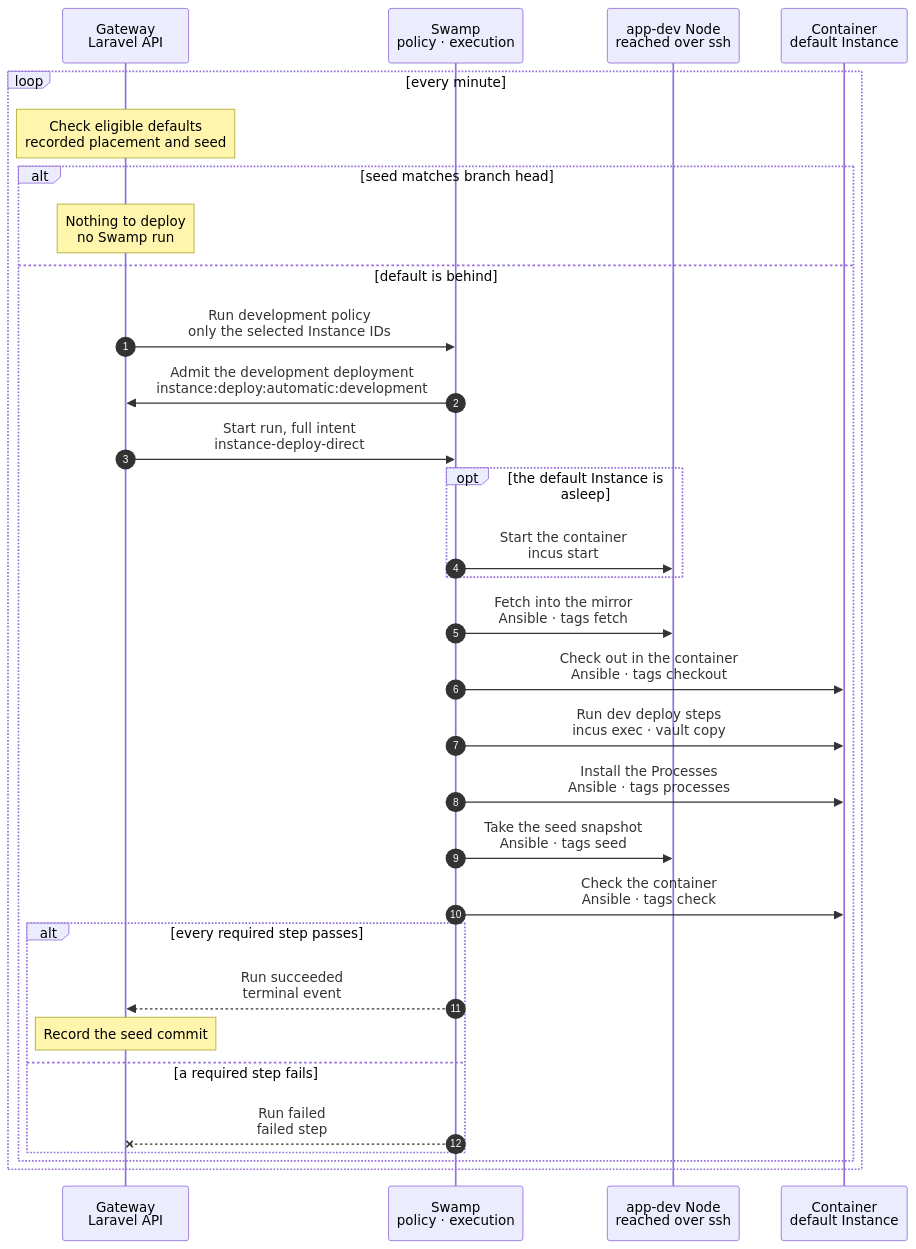
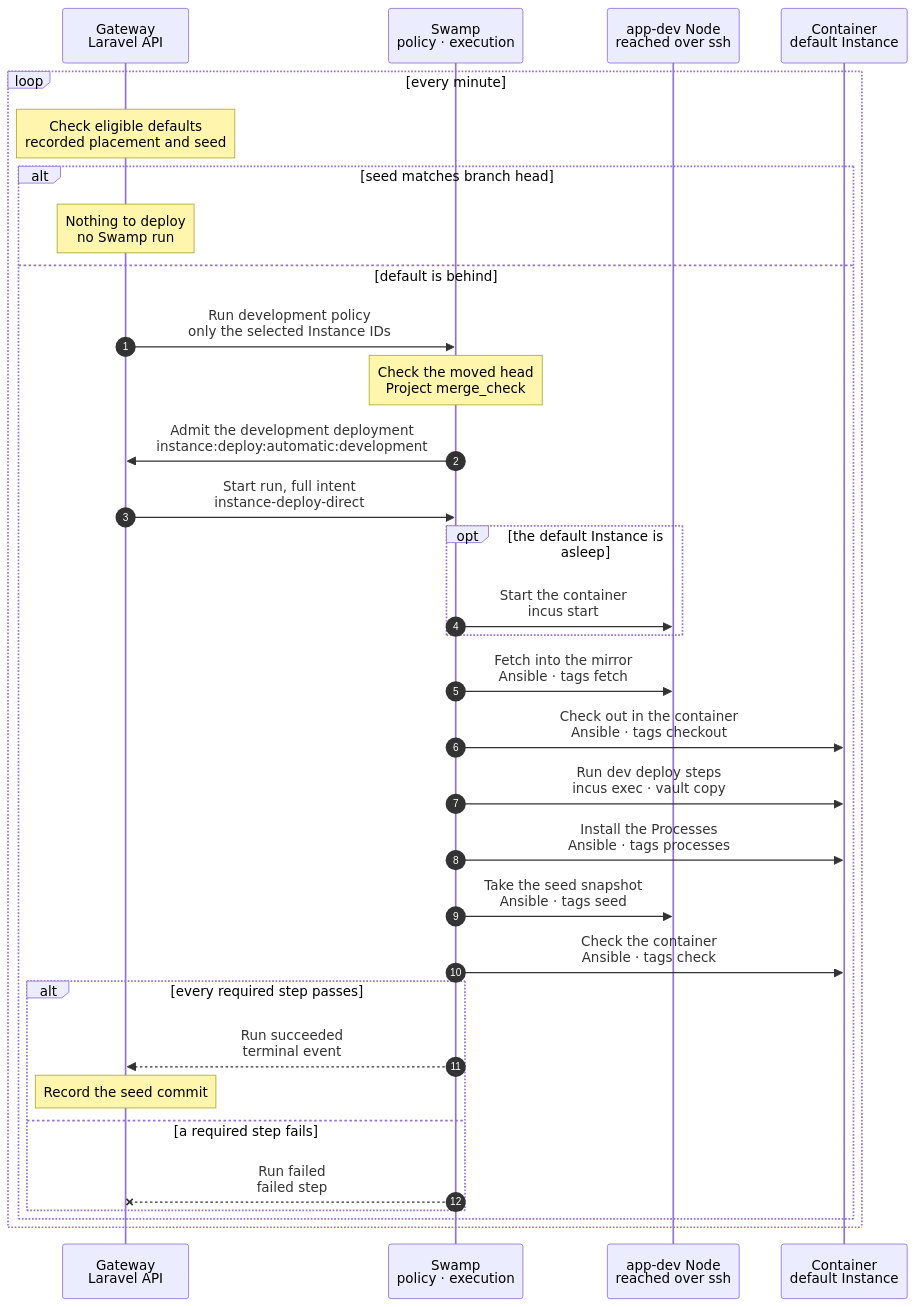
Before and after one commit to hardimpactdev/orbit: the diagram in docs/cli/instance/container/deploy-default.mmd, drawn with Mermaid. The commit also changed 8 other files, not shown here.

First line of the commit message:
fix(instances): gate development heads with shared merge-check verdict

```diff
--- a/docs/cli/instance/container/deploy-default.mmd
+++ b/docs/cli/instance/container/deploy-default.mmd
@@ -1,76 +1,82 @@
 sequenceDiagram
   %% Target design, container runtime (ADR 0250 step 3, docs/reference/development-containers.md#the-default-instance): the automatic development deployment of docs/reference/deployments.md, in the default Instance's container. The Gateway checks the branch head before it starts development policy; Swamp keeps the retry and admission state. When the charts move into place, this becomes the development branch of the deploy chart.
   %% status: draft
   %% command: none · automatic deployment policy
   %% kind: instance.deploy
   autonumber
   %% lane GW icon=gateway pill=intent tone=blue
   %% lane SW icon=workflow pill=executes tone=green
   %% lane N icon=server pill=target tone=amber
   %% lane C icon=server pill=target tone=purple
   participant GW as Gateway<br/>Laravel API
   participant SW as Swamp<br/>policy · execution
   participant N as app-dev Node<br/>reached over ssh
   participant C as Container<br/>default Instance
   loop every minute
     Note over GW: Check eligible defaults<br/>recorded placement and seed
     %%> What it does:
     %%> - selects only active container defaults with a seed snapshot, auto_deploy on and active app-dev placement, using the same ready-default rule as conn:project:list
     %%> - the flag defaults on when a new container default becomes ready; enable and disable change that one flag for one Instance
     %%> - a data migration enables existing ready defaults once; checkout Instances and production settings remain unchanged
     %%> - never selects checkout Instances: they are the user's working trees, not managed seed containers
     %%> - runs the unique scan on the existing tasks queue, not the single-worker operations queue
     %%> - reads each eligible Project's default branch once through the cached source reader, with the existing 60-second Git read limit; no environment-template refresh
     alt seed matches branch head
       Note over GW: Nothing to deploy<br/>no Swamp run
     else default is behind
       GW->>SW: Run development policy<br/>only the selected Instance IDs
       %%> What it does:
       %%> - shares the retained behavior identity and development state; keeps pending admissions, backoff and retry limits
       %%> - never discovers or admits production work; its paused production schedule stays unchanged
+      Note over SW: Check the moved head<br/>Project merge_check
+      %%> What it does:
+      %%> - reads the head commit's configured check runs through the same Gateway source contract and verdict rule as production
+      %%> - the named GitHub Actions runs must all complete successfully on exactly that SHA; running or missing checks wait, failed checks do not deploy
+      %%> - development checks only the current head and reads it again on the next tick; it never chooses an older green commit
+      %%> - with no Project merge_check, permits the moved head without a check, as production does
   SW->>GW: Admit the development deployment<br/>instance:deploy:automatic:development
   %%> What it does:
   %%> - Swamp rechecks development-specific eligibility from the Gateway, not the eligibility shared with production
   %%> - the Gateway refuses non-development Instances and rechecks the ready container-default rule under the Instance lock
   %%> - the Gateway admits `instance.deploy` for that exact commit, with the Instance lock and a repository read token in the vault
   GW->>SW: Start run, full intent<br/>instance-deploy-direct
   %%> Before execution:
   %%> - automatic development work rechecks the same eligibility policy while building its input, including work queued before a release
   %%> - a checkout default refuses automatic execution; its explicit manual deployment remains allowed
   opt the default Instance is asleep
     SW->>N: Start the container<br/>incus start
   end
   SW->>N: Fetch into the mirror<br/>Ansible · tags fetch
   %%> What it does:
   %%> - fetches into the Node's mirror and pushes the branch into the container as a bundle; the token never enters the container
   %%> - a pinned commit off the branch's first-parent chain refuses `deployment.commit_not_on_branch`
   SW->>C: Check out in the container<br/>Ansible · tags checkout
   %%> What it does:
   %%> - the same checks as a checkout default: a dirty tree refuses `deployment.checkout_dirty`, a diverged branch `deployment.branch_diverged`
   SW->>C: Run dev deploy steps<br/>incus exec · vault copy
   %%> What it does:
   %%> - the Project's development deploy steps, as `orbit`: they install changed dependencies and migrate
   SW->>C: Install the Processes<br/>Ansible · tags processes
   %%> What it does:
   %%> - installs the Project's new and changed development Process definitions as `orbit-*` units, with their environment files from the vault
   %%> - restarts a changed unit and removes a former environment file
   SW->>N: Take the seed snapshot<br/>Ansible · tags seed
   %%> What it does:
   %%> - stops the default's Processes for a moment, snapshots the container and starts them again, so clones copy no half-written file
   %%> - deletes older seed snapshots that no clone uses
   %%> - starting the units again restarts every running Process on the new commit, such as a queue worker
   SW->>C: Check the container<br/>Ansible · tags check
   %%> What it does:
   %%> - the branch is checked out at the commit and the units are active, else `deployment.branch_changed` or `deployment.processes_inactive`
   alt every required step passes
     SW-->>GW: Run succeeded<br/>terminal event
     Note over GW: Record the seed commit
     %%> Result:
     %%> - new clones start at this snapshot; existing clones do not change
   else a required step fails
     SW--xGW: Run failed<br/>failed step
     %%> Result:
     %%> - no new seed snapshot is taken, so clones keep starting at the last commit that deployed; Swamp's policy retries after its backoff
   end
   end
   end
```
